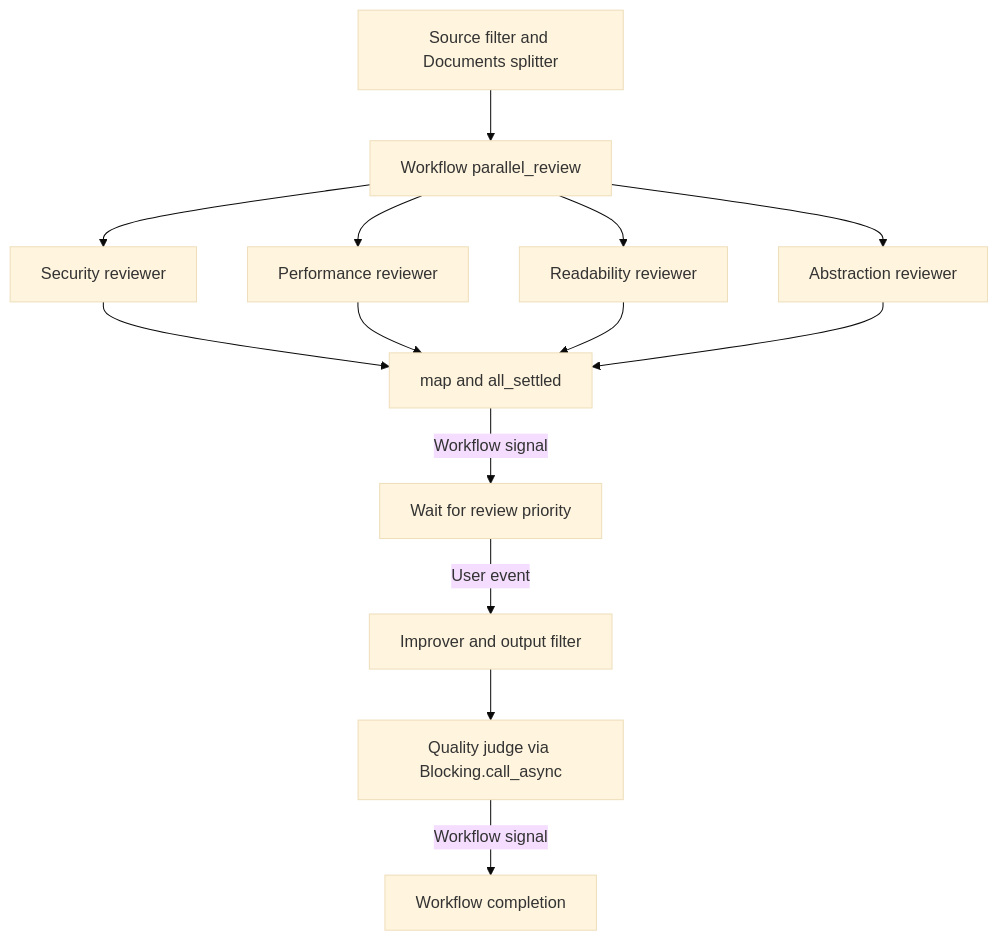
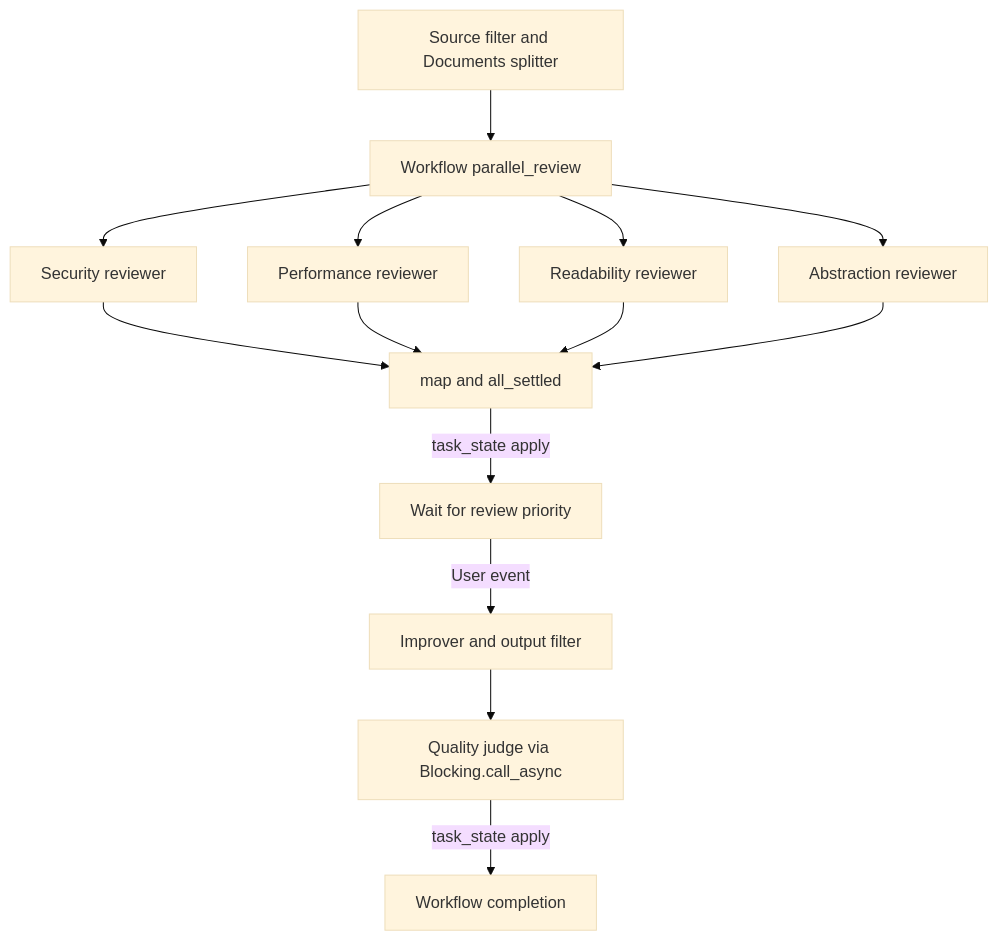
The diagram in 14_code_review/README.md (Raizo-TCS/phronomy-examples), drawn with Mermaid (base theme) before and after one commit. The commit also changed other lines of this file and 26 other files, not shown here.

Commit message:
Adopt Workflow task states across asynchronous examples

````diff
--- a/14_code_review/README.md
+++ b/14_code_review/README.md
@@ -72,16 +72,16 @@
 ```mermaid
 flowchart TD
   input["Source filter and Documents splitter"] --> review["Workflow parallel_review"]
   review --> security["Security reviewer"]
   review --> performance["Performance reviewer"]
   review --> readability["Readability reviewer"]
   review --> abstraction["Abstraction reviewer"]
   security --> results["map and all_settled"]
   performance --> results
   readability --> results
   abstraction --> results
-  results -->|Workflow signal| priority["Wait for review priority"]
+  results -->|task_state apply| priority["Wait for review priority"]
   priority -->|User event| improve["Improver and output filter"]
   improve --> judge["Quality judge via Blocking.call_async"]
-  judge -->|Workflow signal| done["Workflow completion"]
+  judge -->|task_state apply| done["Workflow completion"]
 ```
````
